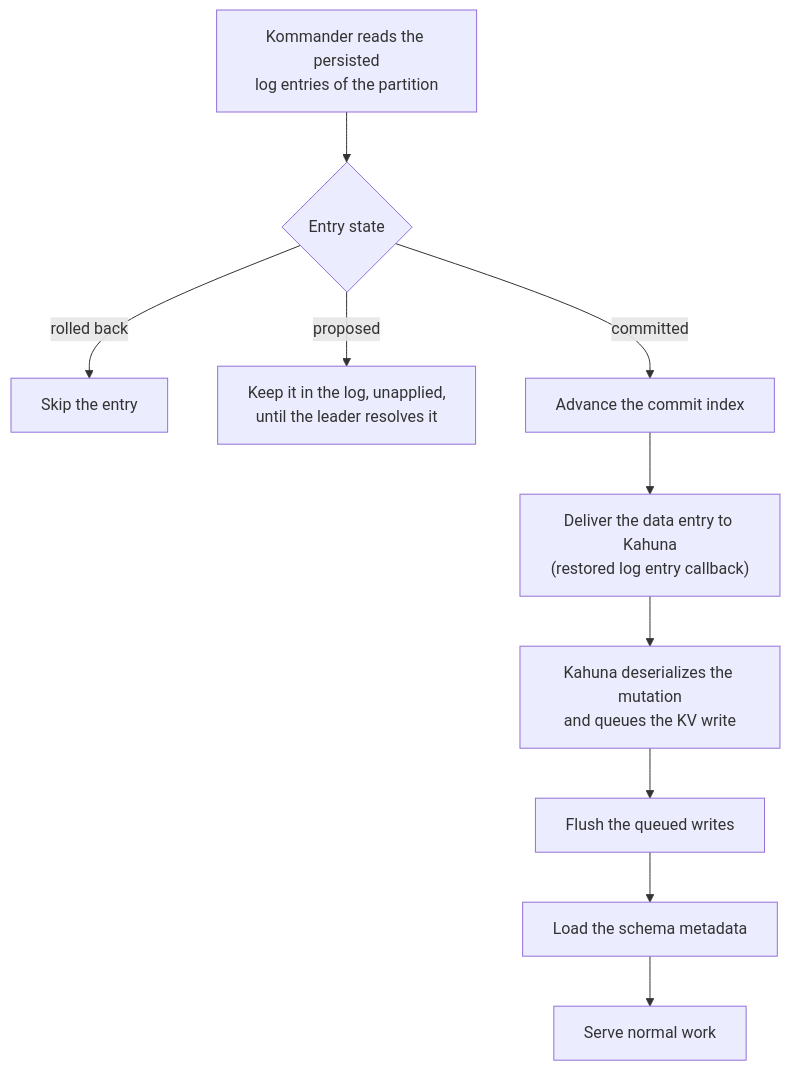
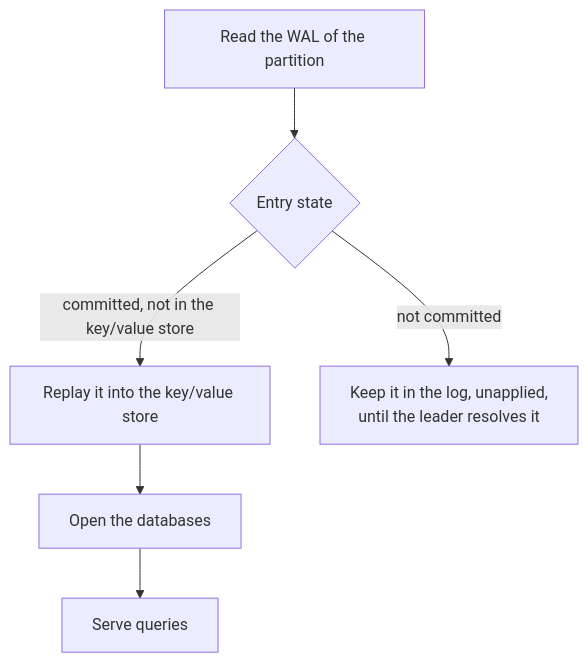
One commit to camusdb/camusdb.github.io changed the second of 2 diagrams in docs/wal-recovery.md. Above: the diagram before and after it, drawn with Mermaid. The commit also changed other lines of this file and 216 other files, not shown here.

````diff
--- a/docs/wal-recovery.md
+++ b/docs/wal-recovery.md
@@ -107,12 +82,8 @@
 ```mermaid
 flowchart TD
-    A[Kommander reads the persisted<br/>log entries of the partition] --> B{Entry state}
-    B -->|rolled back| X[Skip the entry]
-    B -->|proposed| P["Keep it in the log, unapplied,<br/>until the leader resolves it"]
-    B -->|committed| C[Advance the commit index]
-    C --> D["Deliver the data entry to Kahuna<br/>(restored log entry callback)"]
-    D --> E[Kahuna deserializes the mutation<br/>and queues the KV write]
-    E --> F[Flush the queued writes]
-    F --> G[Load the schema metadata]
-    G --> H[Serve normal work]
+    A[Read the WAL of the partition] --> B{Entry state}
+    B -->|committed, not in the key/value store| C[Replay it into the key/value store]
+    B -->|not committed| P[Keep it in the log, unapplied,<br/>until the leader resolves it]
+    C --> D[Open the databases]
+    D --> E[Serve queries]
 ```
````
